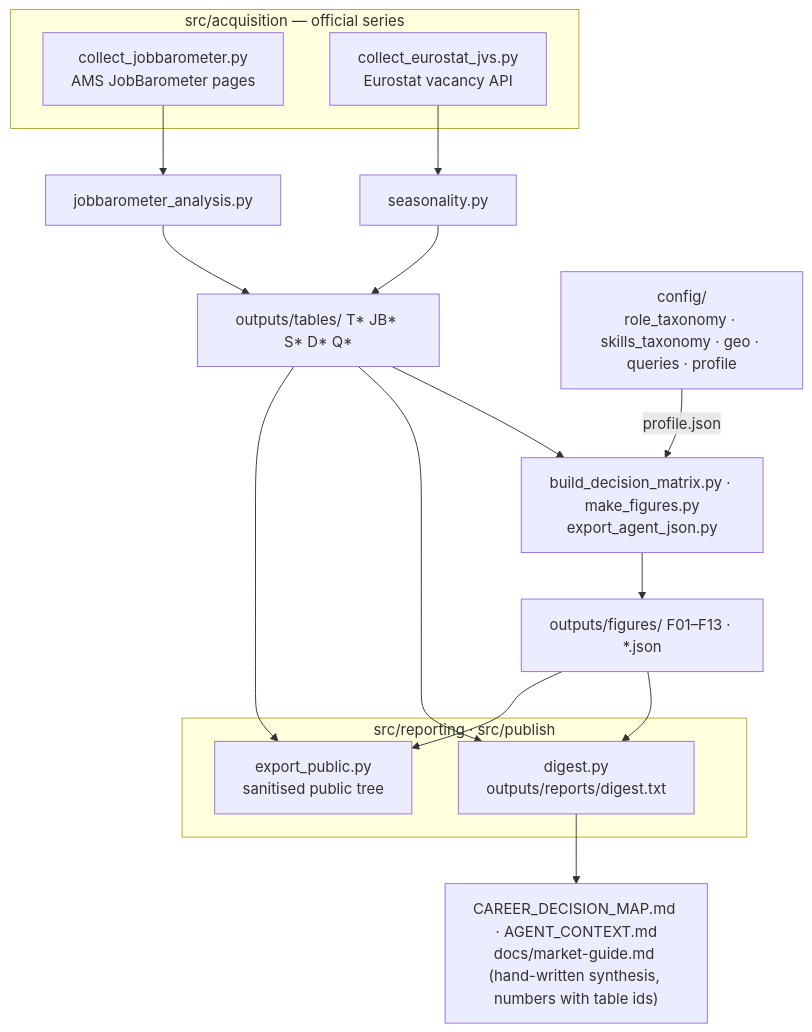
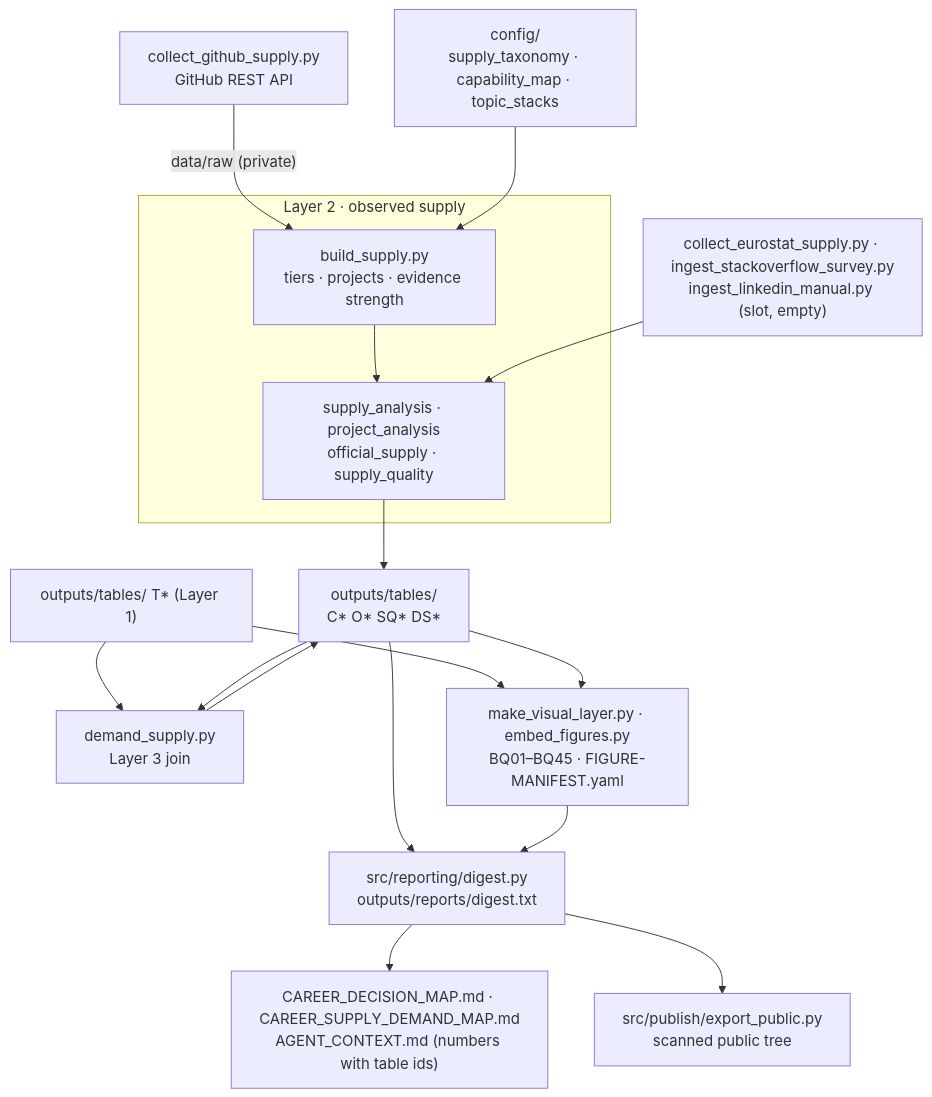
Before and after one commit to RafaelBraga-Kribitz/austria-data-job-market-intelligence: the second of 2 diagrams in README.md, drawn with Mermaid. The commit also changed other lines of this file and 414 other files, not shown here.

First line of the commit message:
Refresh to Layers 1-3 + visual layer (release 2026-09-30.1)

````diff
--- a/README.md
+++ b/README.md
@@ -127,30 +184,29 @@
 ```mermaid
 flowchart TD
-  subgraph acq["src/acquisition — official series"]
-    A1["collect_jobbarometer.py<br/>AMS JobBarometer pages"]
-    A2["collect_eurostat_jvs.py<br/>Eurostat vacancy API"]
+  G["collect_github_supply.py<br/>GitHub REST API"]
+  E["collect_eurostat_supply.py · ingest_stackoverflow_survey.py<br/>ingest_linkedin_manual.py (slot, empty)"]
+  C2["config/<br/>supply_taxonomy · capability_map · topic_stacks"]
+  subgraph l2["Layer 2 · observed supply"]
+    B["build_supply.py<br/>tiers · projects · evidence strength"] --> S["supply_analysis · project_analysis<br/>official_supply · supply_quality"]
   end
-  N2["jobbarometer_analysis.py"]
-  N3["seasonality.py"]
-  O1["outputs/tables/ T* JB* S* D* Q*"]
-  C["config/<br/>role_taxonomy · skills_taxonomy · geo · queries · profile"]
-  N4["build_decision_matrix.py · make_figures.py<br/>export_agent_json.py"]
-  O2["outputs/figures/ F01–F13 · *.json"]
-  subgraph rep["src/reporting · src/publish"]
-    R1["digest.py<br/>outputs/reports/digest.txt"]
-    R2["export_public.py<br/>sanitised public tree"]
-  end
-  D["CAREER_DECISION_MAP.md · AGENT_CONTEXT.md<br/>docs/market-guide.md (hand-written synthesis, numbers with table ids)"]
-  A1 --> N2
-  A2 --> N3
-  N2 --> O1
-  N3 --> O1
-  C -->|"profile.json"| N4
-  O1 --> N4
-  N4 --> O2
-  O1 --> R1
+  O1["outputs/tables/ T* (Layer 1)"]
+  J["demand_supply.py<br/>Layer 3 join"]
+  O2["outputs/tables/<br/>C* O* SQ* DS*"]
+  V["make_visual_layer.py · embed_figures.py<br/>BQ01–BQ45 · FIGURE-MANIFEST.yaml"]
+  R1["src/reporting/digest.py<br/>outputs/reports/digest.txt"]
+  R2["src/publish/export_public.py<br/>scanned public tree"]
+  D["CAREER_DECISION_MAP.md · CAREER_SUPPLY_DEMAND_MAP.md<br/>AGENT_CONTEXT.md (numbers with table ids)"]
+  G -->|"data/raw (private)"| B
+  C2 --> B
+  E --> S
+  S --> O2
+  O1 --> J
+  O2 --> J
+  J --> O2
+  O1 --> V
+  O2 --> V
   O2 --> R1
-  O1 --> R2
-  O2 --> R2
+  V --> R1
   R1 --> D
+  R1 --> R2
 ```
````
